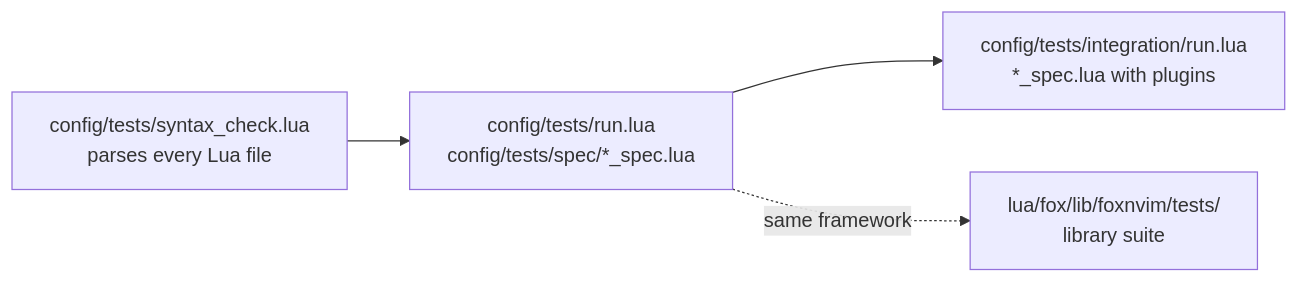
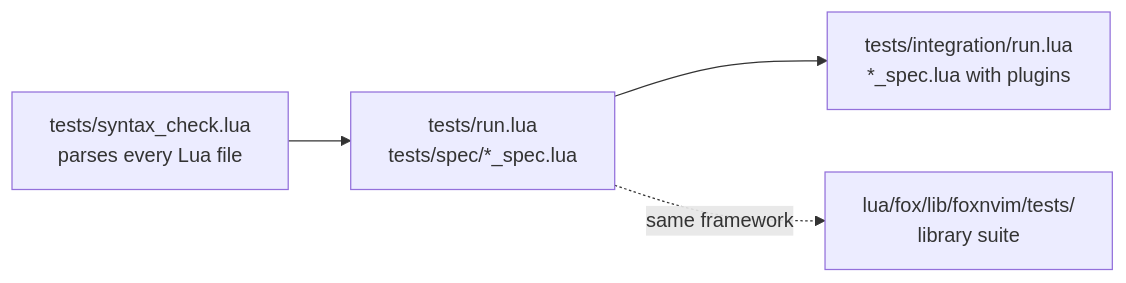
Before and after one commit to KristanLaimon/nvim: the fifth of 5 diagrams in docs/architecture.md, drawn with Mermaid. The commit also changed other lines of this file and 330 other files, not shown here.

````diff
--- a/docs/architecture.md
+++ b/docs/architecture.md
@@ -341,10 +341,10 @@
 ```mermaid
 graph LR
-    SYNTAX["config/tests/syntax_check.lua<br/>parses every Lua file"]
-    UNIT["config/tests/run.lua<br/>config/tests/spec/*_spec.lua"]
-    INTEG["config/tests/integration/run.lua<br/>*_spec.lua with plugins"]
+    SYNTAX["tests/syntax_check.lua<br/>parses every Lua file"]
+    UNIT["tests/run.lua<br/>tests/spec/*_spec.lua"]
+    INTEG["tests/integration/run.lua<br/>*_spec.lua with plugins"]
     FOXNVIM["lua/fox/lib/foxnvim/tests/<br/>library suite"]
 
     SYNTAX --> UNIT --> INTEG
     UNIT -.same framework.-> FOXNVIM
 ```
````
